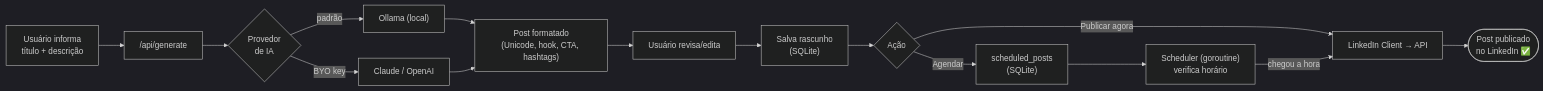
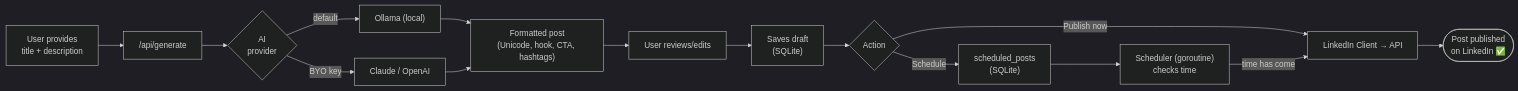
One commit to Vitor-andrade/linkedin-post-executor changed the third of 6 diagrams in docs/architecture-plan.md. Above: the diagram before and after it, drawn with Mermaid (dark theme). The commit also changed other lines of this file and 25 other files, not shown here.

````diff
--- a/docs/architecture-plan.md
+++ b/docs/architecture-plan.md
@@ -107,17 +107,17 @@
 ```mermaid
 flowchart LR
-    A["Usuário informa<br/>título + descrição"] --> B["/api/generate"]
-    B --> C{Provedor<br/>de IA}
-    C -->|padrão| D["Ollama (local)"]
+    A["User provides<br/>title + description"] --> B["/api/generate"]
+    B --> C{AI<br/>provider}
+    C -->|default| D["Ollama (local)"]
     C -->|BYO key| E["Claude / OpenAI"]
-    D --> F["Post formatado<br/>(Unicode, hook, CTA, hashtags)"]
+    D --> F["Formatted post<br/>(Unicode, hook, CTA, hashtags)"]
     E --> F
-    F --> G["Usuário revisa/edita"]
-    G --> H["Salva rascunho<br/>(SQLite)"]
-    H --> I{Ação}
-    I -->|Publicar agora| J["LinkedIn Client → API"]
-    I -->|Agendar| K["scheduled_posts<br/>(SQLite)"]
-    K --> L["Scheduler (goroutine)<br/>verifica horário"]
-    L -->|chegou a hora| J
-    J --> M(["Post publicado<br/>no LinkedIn ✅"])
+    F --> G["User reviews/edits"]
+    G --> H["Saves draft<br/>(SQLite)"]
+    H --> I{Action}
+    I -->|Publish now| J["LinkedIn Client → API"]
+    I -->|Schedule| K["scheduled_posts<br/>(SQLite)"]
+    K --> L["Scheduler (goroutine)<br/>checks time"]
+    L -->|time has come| J
+    J --> M(["Post published<br/>on LinkedIn ✅"])
 ```
````
